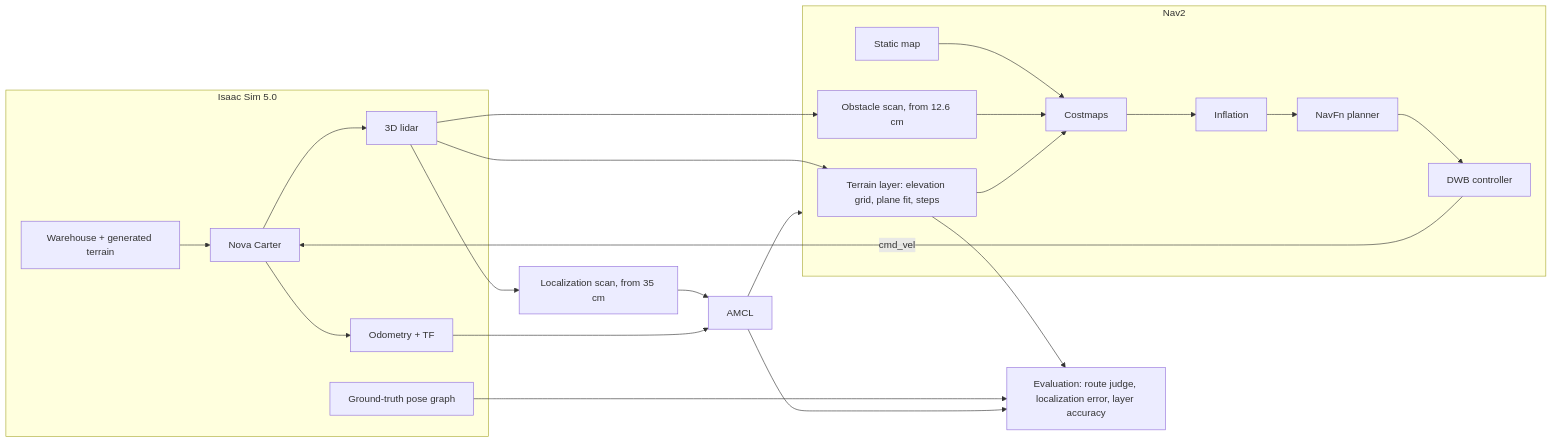
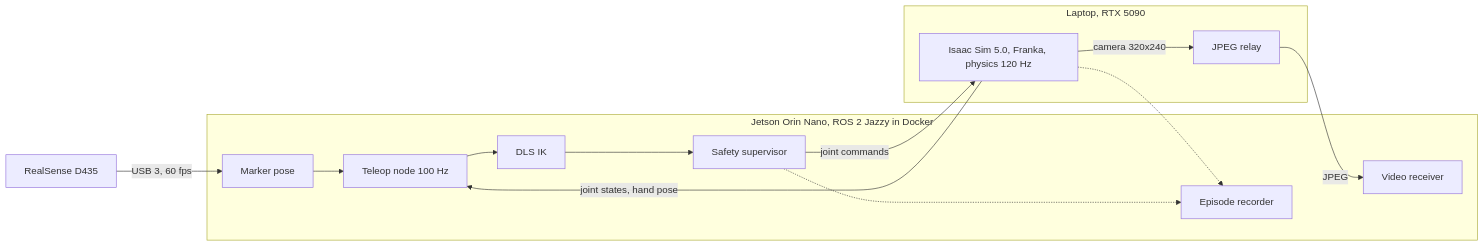
One commit to janmesh-p/teleop-ik-stack changed the diagram in README.md. Above: the diagram before and after it, drawn with Mermaid. The commit also changed other lines of this file, not shown here.

````diff
--- a/README.md
+++ b/README.md
@@ -25,28 +22,19 @@
 ```mermaid
 flowchart LR
-  subgraph SIM[Isaac Sim 5.0]
-    W[Warehouse + generated terrain] --> R[Nova Carter]
-    R --> L[3D lidar]
-    R --> O[Odometry + TF]
-    GT[Ground-truth pose graph]
+  CAM[RealSense D435] -->|USB 3, 60 fps| MK
+  subgraph JET[Jetson Orin Nano, ROS 2 Jazzy in Docker]
+    MK[Marker pose] --> TEL[Teleop node 100 Hz]
+    TEL --> IK[DLS IK] --> SUP[Safety supervisor]
+    REC[Episode recorder]
+    VID[Video receiver]
   end
-
-  L --> TL[Terrain layer: elevation grid, plane fit, steps]
-  L --> OS[Obstacle scan, from 12.6 cm]
-  L --> LS[Localization scan, from 35 cm]
-  LS --> AMCL
-  O --> AMCL
-
-  subgraph NAV[Nav2]
-    SM[Static map] --> CM[Costmaps]
-    OS --> CM
-    TL --> CM
-    CM --> INF[Inflation] --> P[NavFn planner] --> C[DWB controller]
+  subgraph LAP[Laptop, RTX 5090]
+    ISAAC[Isaac Sim 5.0, Franka, physics 120 Hz]
+    RELAY[JPEG relay]
   end
-  AMCL --> NAV
-  C -->|cmd_vel| R
-
-  GT --> EV[Evaluation: route judge, localization error, layer accuracy]
-  AMCL --> EV
-  TL --> EV
+  SUP -->|joint commands| ISAAC
+  ISAAC -->|joint states, hand pose| TEL
+  ISAAC -->|camera 320x240| RELAY -->|JPEG| VID
+  ISAAC -.-> REC
+  SUP -.-> REC
 ```
````
